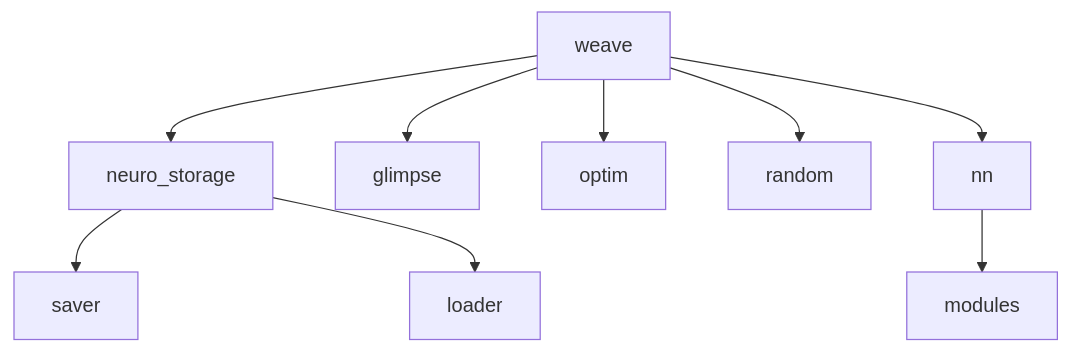
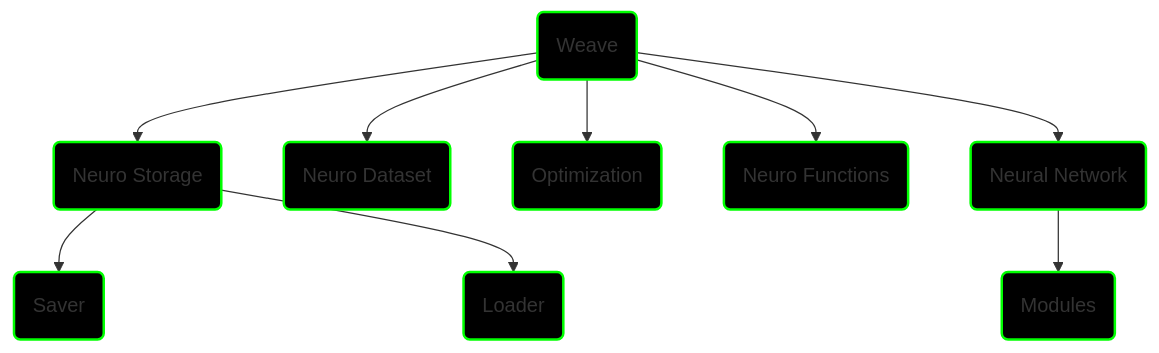
One commit to stas-gatin/NeuroWeave changed the diagram in README.md. Above: the diagram before and after it, drawn with Mermaid. The commit also changed other lines of this file and 32 other files, not shown here.

````diff
--- a/README.md
+++ b/README.md
@@ -45,11 +52,16 @@
 ```mermaid
 graph TD;
-    weave-->neuro_storage;
-    weave-->glimpse;
-    weave-->optim;
-    weave-->random;
-    weave-->nn;
-    nn-->modules;
-    neuro_storage-->saver;
-    neuro_storage-->loader;
+    weave(Weave)-->neuro_storage(Neuro Storage);
+    weave-->neuro_dataset(Neuro Dataset);
+    weave-->optim(Optimization);
+    weave-->random(Neuro Functions);
+    weave-->nn(Neural Network);
+    nn-->modules(Modules);
+    neuro_storage-->saver(Saver);
+    neuro_storage-->loader(Loader);
+
+    classDef done fill:#000,stroke:#00ff00,stroke-width:2px;
+
+    class neuro_storage,saver,loader,neuro_dataset,random,weave,nn,modules,network,optim done;
+
 ```
````
